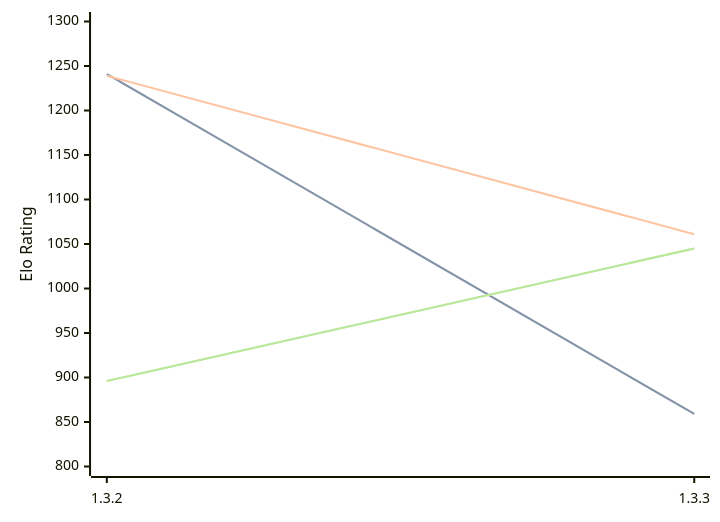
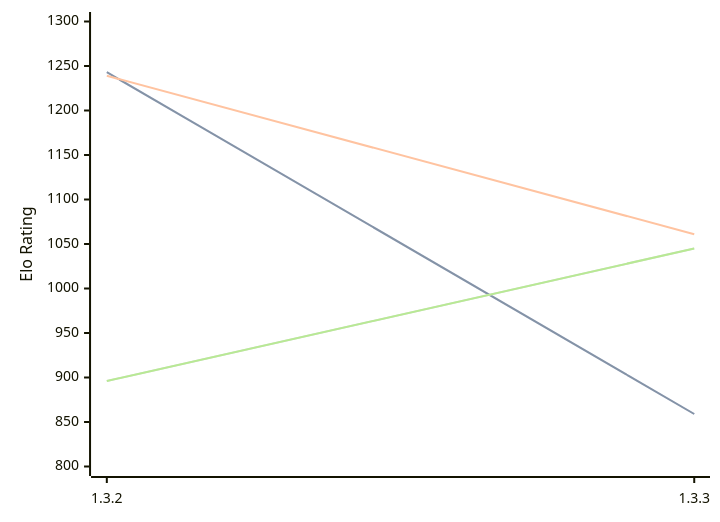
One commit to computer-chess-index/cci changed the diagram in engines/Whitespine.md. Above: the diagram before and after it, drawn with Mermaid. The commit also changed other lines of this file, not shown here.

````diff
--- a/engines/Whitespine.md
+++ b/engines/Whitespine.md
@@ -35,11 +35,11 @@
 ```mermaid
 %%{init: {"theme":"base","themeVariables":{"seriesColors:['#a3a3a3','#222221','#faa371']}}}%%
 xychart-beta
   x-axis ["1.3.2", "1.3.3"]
   y-axis "Elo Rating" 800 --> 1300
-  line "STC (8.0+0.08s)" [1241, 859]
-  line "STC (8.0+0.08s)" [1241, 859]
+  line "STC (8.0+0.08s)" [1243, 859]
+  line "STC (8.0+0.08s)" [1243, 859]
   line "LTC (60.0+0.60s)" [1239, 1061]
   line "VLTC (2m24s+1.12s)" [896, 1045]
   line "VLTC (2m24s+1.12s)" [896, 1045]
 ```
````
